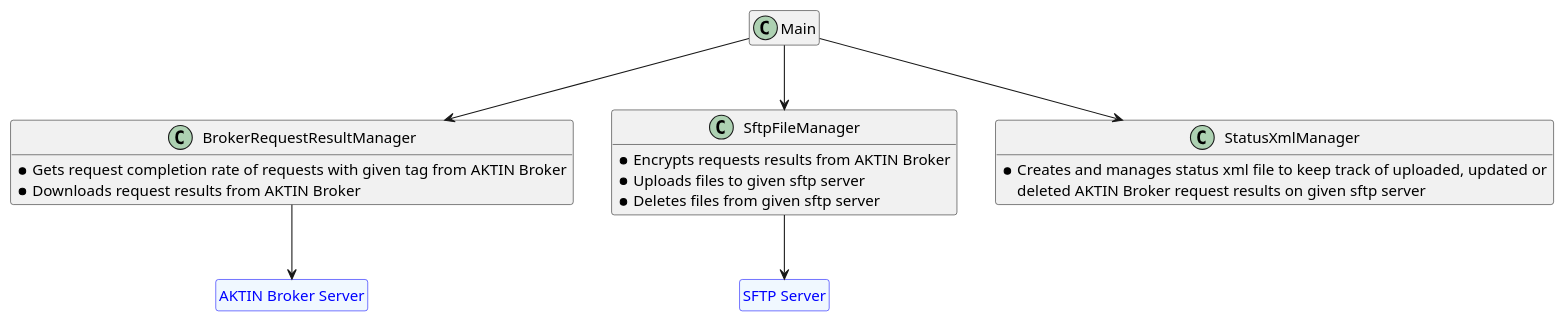
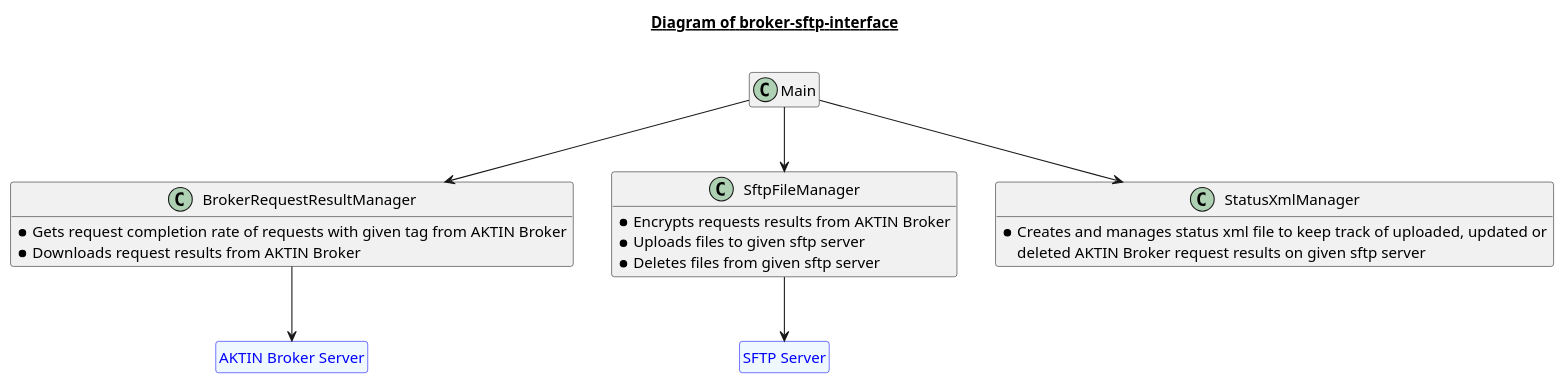
One commit to aktin/broker-sftp-uploader changed the diagram in docs/components.puml. Above: the diagram before and after it, drawn with PlantUML.

Commit message:
added title to puml

```diff
--- a/docs/components.puml
+++ b/docs/components.puml
@@ -1,42 +1,43 @@
 @startuml
-'https://plantuml.com/class-diagram
 hide methods
+
+title __Diagram of broker-sftp-interface__\n
 
 class "AKTIN Broker Server" as broker
 hide broker members
 hide broker circle
 class broker #aliceblue;line:blue;text:blue
 
 class "SFTP Server" as sftp
 hide sftp members
 hide sftp circle
 class sftp #aliceblue;line:blue;text:blue
 
 class BrokerRequestResultManager {
 * Gets request completion rate of requests with given tag from AKTIN Broker
 * Downloads request results from AKTIN Broker
 }
 
 class SftpFileManager {
 * Encrypts requests results from AKTIN Broker
 * Uploads files to given sftp server
 * Deletes files from given sftp server
 }
 
 class StatusXmlManager {
 * Creates and manages status xml file to keep track of uploaded, updated or
 deleted AKTIN Broker request results on given sftp server
 }
 
 class Main {}
 hide Main members
 
 Main --> BrokerRequestResultManager
 BrokerRequestResultManager --> broker
 
 Main --> SftpFileManager
 SftpFileManager --> sftp
 
 Main --> StatusXmlManager
 
 @enduml
```
